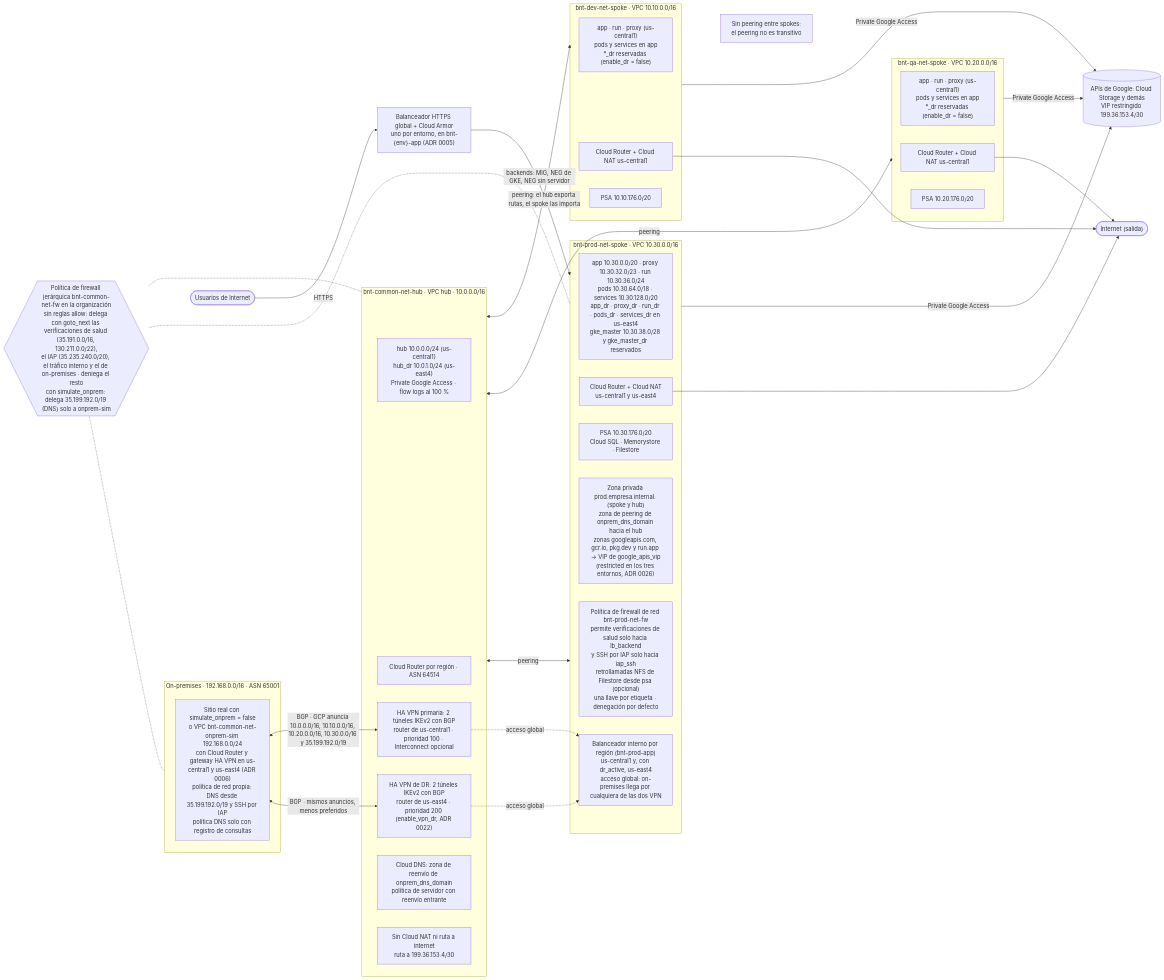
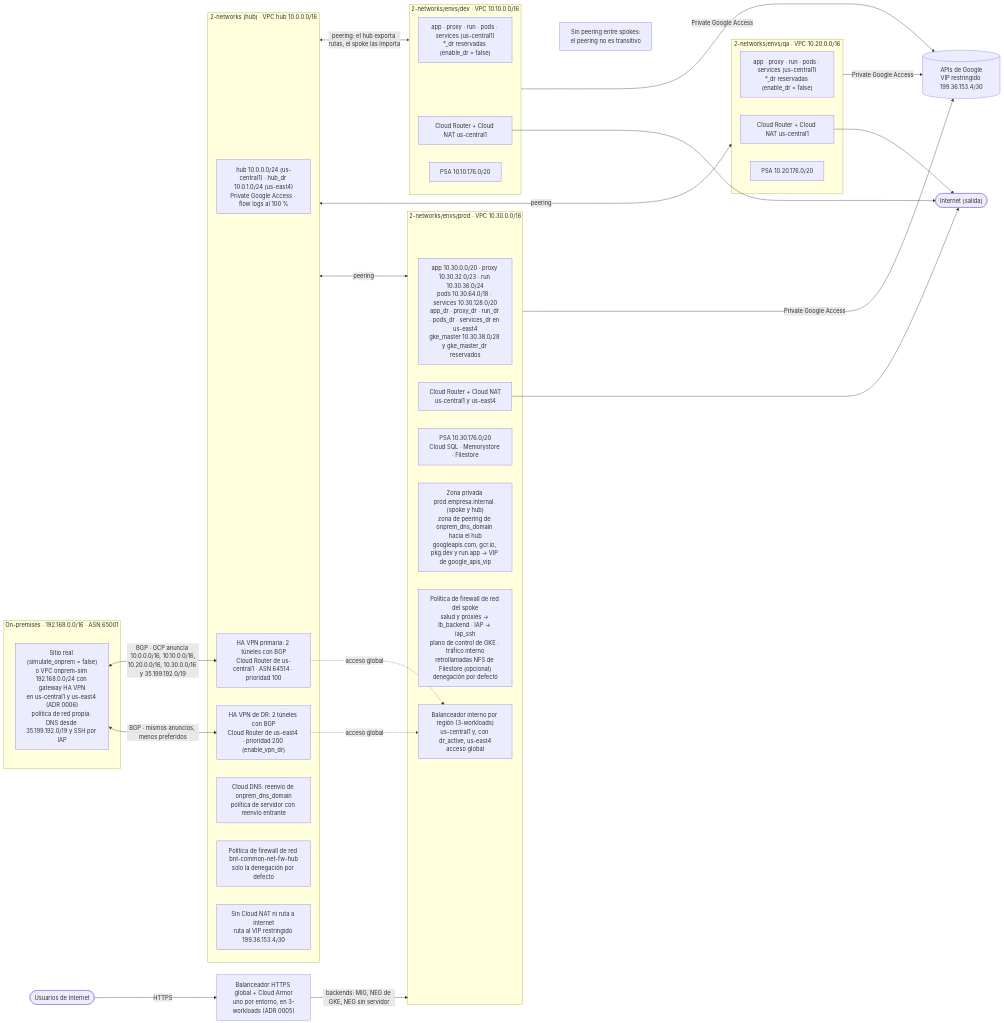
Before and after one commit to jadrianlg16/reto-banorte-gcp-terraform: the diagram in gcp-datacenter/docs/diagramas/02-red-y-conectividad.md, drawn with Mermaid. The commit also changed other lines of this file and 4 other files, not shown here.

Commit message:
R3 diagramas: los cuatro documentos reescritos para el proyecto único, con su PNG, y documento nuevo del pipeline

````diff
--- a/gcp-datacenter/docs/diagramas/02-red-y-conectividad.md
+++ b/gcp-datacenter/docs/diagramas/02-red-y-conectividad.md
@@ -7,69 +13,64 @@
 ```mermaid
 flowchart LR
   users(["Usuarios de Internet"])
-  xlb["Balanceador HTTPS global + Cloud Armor<br/>uno por entorno, en bnt-{env}-app (ADR 0005)"]
+  xlb["Balanceador HTTPS global + Cloud Armor<br/>uno por entorno, en 3-workloads (ADR 0005)"]
   users -- "HTTPS" --> xlb
 
   subgraph ONP["On-premises · 192.168.0.0/16 · ASN 65001"]
-    onp["Sitio real con simulate_onprem = false<br/>o VPC bnt-common-net-onprem-sim 192.168.0.0/24<br/>con Cloud Router y gateway HA VPN en us-central1 y us-east4 (ADR 0006)<br/>política de red propia: DNS desde 35.199.192.0/19 y SSH por IAP<br/>política DNS solo con registro de consultas"]
+    onp["Sitio real (simulate_onprem = false)<br/>o VPC onprem-sim 192.168.0.0/24 con gateway HA VPN<br/>en us-central1 y us-east4 (ADR 0006)<br/>política de red propia: DNS desde 35.199.192.0/19 y SSH por IAP"]
   end
 
-  subgraph HUB["bnt-common-net-hub · VPC hub · 10.0.0.0/16"]
-    hsub["hub 10.0.0.0/24 (us-central1)<br/>hub_dr 10.0.1.0/24 (us-east4)<br/>Private Google Access · flow logs al 100 %"]
-    hcr["Cloud Router por región · ASN 64514"]
-    hvpn["HA VPN primaria: 2 túneles IKEv2 con BGP<br/>router de us-central1 · prioridad 100 · Interconnect opcional"]
-    hvpndr["HA VPN de DR: 2 túneles IKEv2 con BGP<br/>router de us-east4 · prioridad 200 (enable_vpn_dr, ADR 0022)"]
-    hdns["Cloud DNS: zona de reenvío de onprem_dns_domain<br/>política de servidor con reenvío entrante"]
-    hroute["Sin Cloud NAT ni ruta a internet<br/>ruta a 199.36.153.4/30"]
+  subgraph HUB["2-networks (hub) · VPC hub 10.0.0.0/16"]
+    hsub["hub 10.0.0.0/24 (us-central1) · hub_dr 10.0.1.0/24 (us-east4)<br/>Private Google Access · flow logs al 100 %"]
+    hvpn["HA VPN primaria: 2 túneles con BGP<br/>Cloud Router de us-central1 · ASN 64514 · prioridad 100"]
+    hvpndr["HA VPN de DR: 2 túneles con BGP<br/>Cloud Router de us-east4 · prioridad 200 (enable_vpn_dr)"]
+    hdns["Cloud DNS: reenvío de onprem_dns_domain<br/>política de servidor con reenvío entrante"]
+    hfw["Política de firewall de red bnt-common-net-fw-hub<br/>solo la denegación por defecto"]
+    hroute["Sin Cloud NAT ni ruta a internet<br/>ruta al VIP restringido 199.36.153.4/30"]
   end
 
-  onp <-- "BGP · GCP anuncia 10.0.0.0/16, 10.10.0.0/16, 10.20.0.0/16, 10.30.0.0/16 y 35.199.192.0/19" --> hvpn
+  onp <-- "BGP · GCP anuncia 10.0.0.0/16, 10.10.0.0/16,<br/>10.20.0.0/16, 10.30.0.0/16 y 35.199.192.0/19" --> hvpn
   onp <-- "BGP · mismos anuncios, menos preferidos" --> hvpndr
 
-  subgraph DEV["bnt-dev-net-spoke · VPC 10.10.0.0/16"]
-    dsub["app · run · proxy (us-central1)<br/>pods y services en app<br/>*_dr reservadas (enable_dr = false)"]
+  subgraph DEV["2-networks/envs/dev · VPC 10.10.0.0/16"]
+    dsub["app · proxy · run · pods · services (us-central1)<br/>*_dr reservadas (enable_dr = false)"]
     dnat["Cloud Router + Cloud NAT us-central1"]
     dpsa["PSA 10.10.176.0/20"]
   end
 
-  subgraph QA["bnt-qa-net-spoke · VPC 10.20.0.0/16"]
-    qsub["app · run · proxy (us-central1)<br/>pods y services en app<br/>*_dr reservadas (enable_dr = false)"]
+  subgraph QA["2-networks/envs/qa · VPC 10.20.0.0/16"]
+    qsub["app · proxy · run · pods · services (us-central1)<br/>*_dr reservadas (enable_dr = false)"]
     qnat["Cloud Router + Cloud NAT us-central1"]
     qpsa["PSA 10.20.176.0/20"]
   end
 
-  subgraph PROD["bnt-prod-net-spoke · VPC 10.30.0.0/16"]
+  subgraph PROD["2-networks/envs/prod · VPC 10.30.0.0/16"]
     psub["app 10.30.0.0/20 · proxy 10.30.32.0/23 · run 10.30.36.0/24<br/>pods 10.30.64.0/18 · services 10.30.128.0/20<br/>app_dr · proxy_dr · run_dr · pods_dr · services_dr en us-east4<br/>gke_master 10.30.38.0/28 y gke_master_dr reservados"]
     pnat["Cloud Router + Cloud NAT<br/>us-central1 y us-east4"]
     ppsa["PSA 10.30.176.0/20<br/>Cloud SQL · Memorystore · Filestore"]
-    pdns["Zona privada prod.empresa.internal. (spoke y hub)<br/>zona de peering de onprem_dns_domain hacia el hub<br/>zonas googleapis.com, gcr.io, pkg.dev y run.app → VIP de google_apis_vip<br/>(restricted en los tres entornos, ADR 0026)"]
-    pfw["Política de firewall de red bnt-prod-net-fw<br/>permite verificaciones de salud solo hacia lb_backend<br/>y SSH por IAP solo hacia iap_ssh<br/>retrollamadas NFS de Filestore desde psa (opcional)<br/>una llave por etiqueta · denegación por defecto"]
-    pilb["Balanceador interno por región (bnt-prod-app)<br/>us-central1 y, con dr_active, us-east4<br/>acceso global: on-premises llega por cualquiera de las dos VPN"]
+    pdns["Zona privada prod.empresa.internal. (spoke y hub)<br/>zona de peering de onprem_dns_domain hacia el hub<br/>googleapis.com, gcr.io, pkg.dev y run.app → VIP de google_apis_vip"]
+    pfw["Política de firewall de red del spoke<br/>salud y proxies → lb_backend · IAP → iap_ssh<br/>plano de control de GKE · tráfico interno<br/>retrollamadas NFS de Filestore (opcional)<br/>denegación por defecto"]
+    pilb["Balanceador interno por región (3-workloads)<br/>us-central1 y, con dr_active, us-east4<br/>acceso global"]
   end
 
   hvpn -. "acceso global" .-> pilb
   hvpndr -. "acceso global" .-> pilb
 
   HUB <-- "peering: el hub exporta rutas, el spoke las importa" --> DEV
   HUB <-- "peering" --> QA
   HUB <-- "peering" --> PROD
   nopeer["Sin peering entre spokes:<br/>el peering no es transitivo"]
   DEV ~~~ nopeer ~~~ QA
 
   xlb -- "backends: MIG, NEG de GKE, NEG sin servidor" --> PROD
 
   egress(["Internet (salida)"])
   dnat --> egress
   qnat --> egress
   pnat --> egress
 
-  gapis[("APIs de Google: Cloud Storage y demás<br/>VIP restringido 199.36.153.4/30")]
-  PROD -- "Private Google Access" --> gapis
+  gapis[("APIs de Google<br/>VIP restringido 199.36.153.4/30")]
   DEV -- "Private Google Access" --> gapis
   QA -- "Private Google Access" --> gapis
-
-  hfw{{"Política de firewall jerárquica bnt-common-net-fw en la organización<br/>sin reglas allow: delega con goto_next las verificaciones de salud (35.191.0.0/16, 130.211.0.0/22),<br/>el IAP (35.235.240.0/20), el tráfico interno y el de on-premises · deniega el resto<br/>con simulate_onprem: delega 35.199.192.0/19 (DNS) solo a onprem-sim"}}
-  hfw -.- HUB
-  hfw -.- PROD
-  hfw -.- ONP
+  PROD -- "Private Google Access" --> gapis
 ```
````
